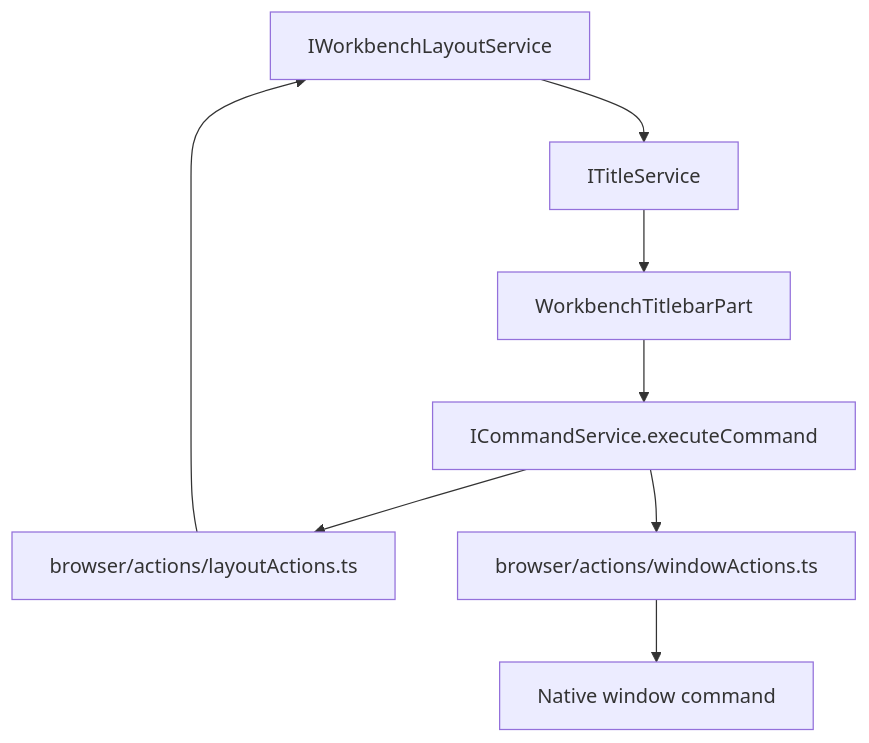
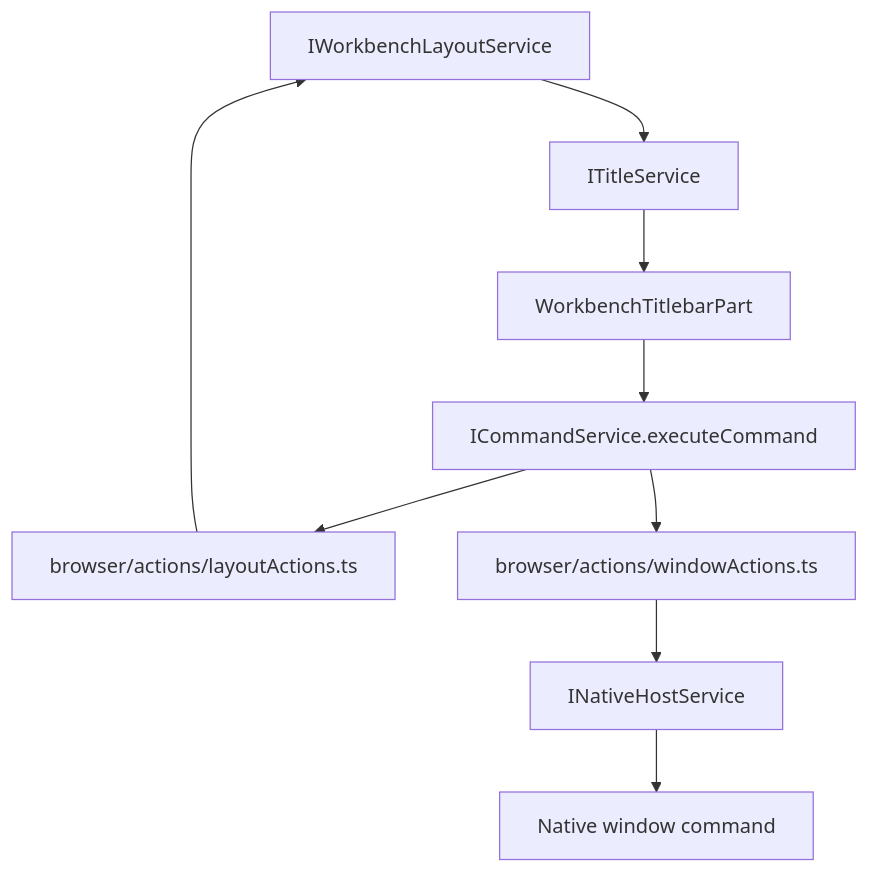
The third of 8 diagrams in .github/instructions/architecture.instructions.md (chogng/conductor), drawn with Mermaid before and after one commit. The commit also changed 9 other files, not shown here.

First line of the commit message:
refactor(workbench): align native window controls with host

````diff
--- a/.github/instructions/architecture.instructions.md
+++ b/.github/instructions/architecture.instructions.md
@@ -436,10 +436,11 @@
 ```mermaid
 flowchart TD
     Layout[IWorkbenchLayoutService] --> Title[ITitleService]
     Title --> Titlebar[WorkbenchTitlebarPart]
     Titlebar --> CommandService[ICommandService.executeCommand]
     CommandService --> LayoutActions[browser/actions/layoutActions.ts]
     CommandService --> WindowActions[browser/actions/windowActions.ts]
     LayoutActions --> Layout
-    WindowActions --> NativeWindow[Native window command]
+    WindowActions --> NativeHost[INativeHostService]
+    NativeHost --> NativeWindow[Native window command]
 ```
````
